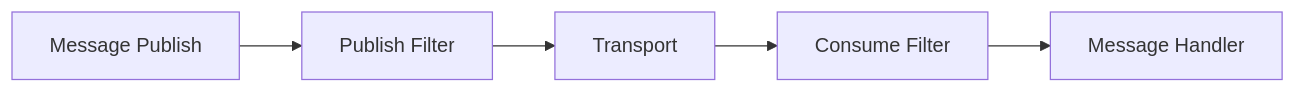
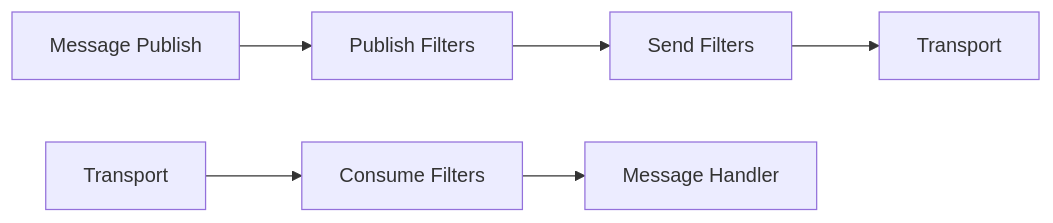
Before and after one commit to huysentruitw/Whispr: the first of 2 diagrams in README.md, drawn with Mermaid. The commit also changed other lines of this file and 18 other files, not shown here.

Commit message:
Add support for send-filters

````diff
--- a/README.md
+++ b/README.md
@@ -106,7 +106,6 @@
 ```mermaid
 flowchart LR
-    A[Message Publish] --> B[Publish Filter]
-    B --> C[Transport]
-    C --> D[Consume Filter]
-    D --> E[Message Handler]
+    A[Message Publish] --> B[Publish Filters] --> C[Send Filters] --> D[Transport]
+    
+    E[Transport] --> F[Consume Filters] --> G[Message Handler]
 ```
````
